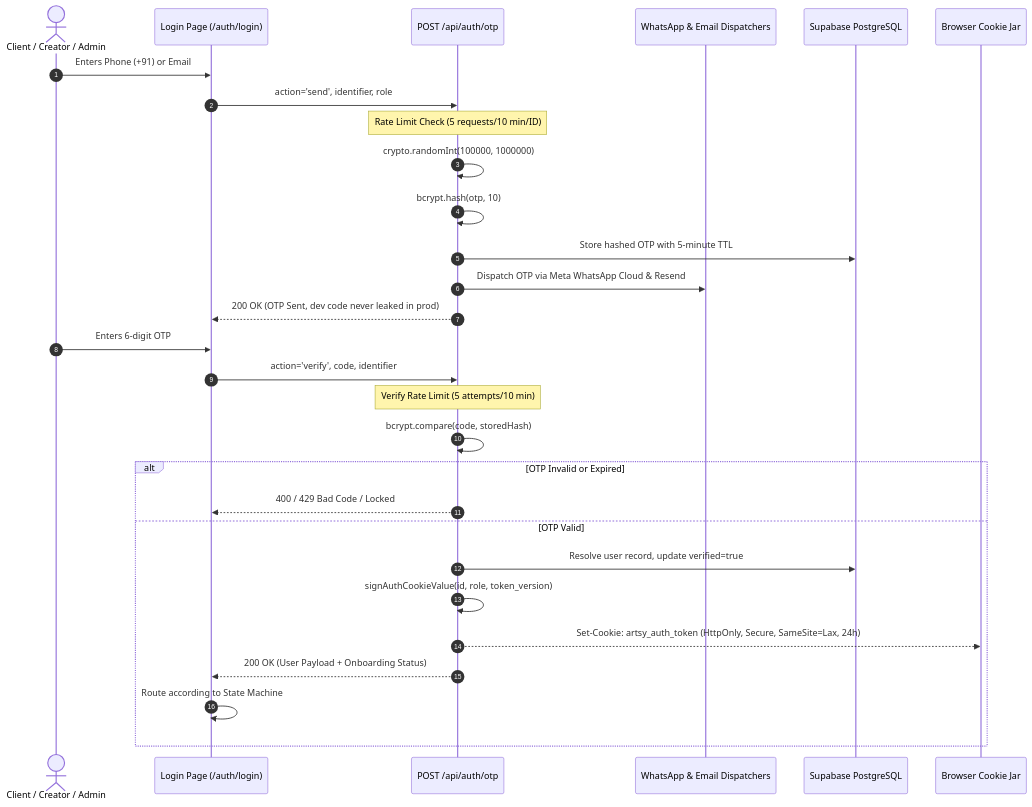
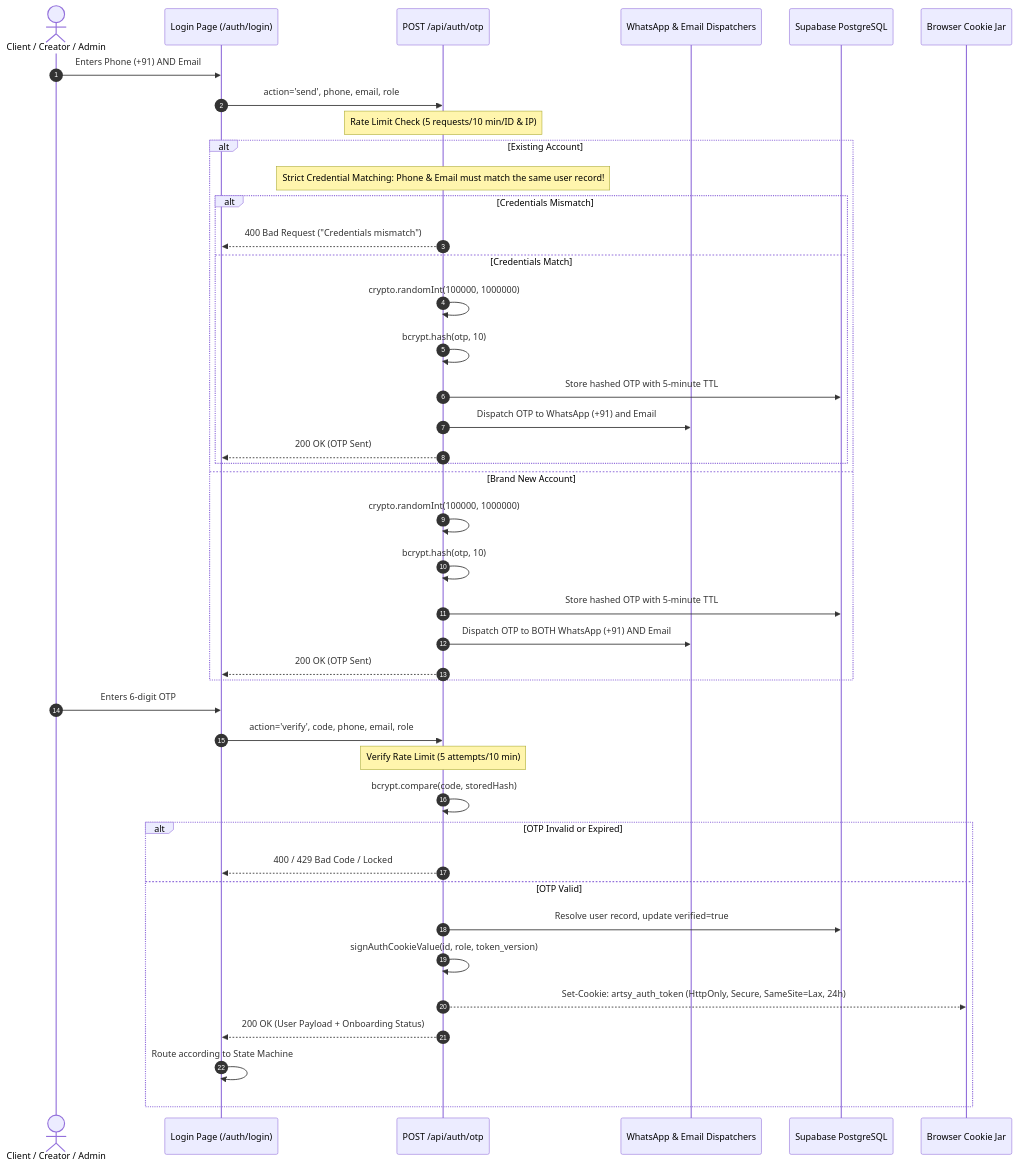
Before and after one commit to artsyproduction8-cpu/artsy-production: the first of 4 diagrams in AGENTS.md, drawn with Mermaid. The commit also changed other lines of this file, not shown here.

````diff
--- a/AGENTS.md
+++ b/AGENTS.md
@@ -85,33 +69,47 @@
 ```mermaid
 sequenceDiagram
     autonumber
     actor User as Client / Creator / Admin
     participant UI as Login Page (/auth/login)
     participant OTP_API as POST /api/auth/otp
     participant WA_Email as WhatsApp & Email Dispatchers
     participant DB as Supabase PostgreSQL
     participant Browser as Browser Cookie Jar
 
-    User->>UI: Enters Phone (+91) or Email
-    UI->>OTP_API: action='send', identifier, role
-    Note over OTP_API: Rate Limit Check (5 requests/10 min/ID)
-    OTP_API->>OTP_API: crypto.randomInt(100000, 1000000)
-    OTP_API->>OTP_API: bcrypt.hash(otp, 10)
-    OTP_API->>DB: Store hashed OTP with 5-minute TTL
-    OTP_API->>WA_Email: Dispatch OTP via Meta WhatsApp Cloud & Resend
-    OTP_API-->>UI: 200 OK (OTP Sent, dev code never leaked in prod)
+    User->>UI: Enters Phone (+91) AND Email
+    UI->>OTP_API: action='send', phone, email, role
+    Note over OTP_API: Rate Limit Check (5 requests/10 min/ID & IP)
+    
+    alt Existing Account
+        Note over OTP_API: Strict Credential Matching: Phone & Email must match the same user record!
+        alt Credentials Mismatch
+            OTP_API-->>UI: 400 Bad Request ("Credentials mismatch")
+        else Credentials Match
+            OTP_API->>OTP_API: crypto.randomInt(100000, 1000000)
+            OTP_API->>OTP_API: bcrypt.hash(otp, 10)
+            OTP_API->>DB: Store hashed OTP with 5-minute TTL
+            OTP_API->>WA_Email: Dispatch OTP to WhatsApp (+91) and Email
+            OTP_API-->>UI: 200 OK (OTP Sent)
+        end
+    else Brand New Account
+        OTP_API->>OTP_API: crypto.randomInt(100000, 1000000)
+        OTP_API->>OTP_API: bcrypt.hash(otp, 10)
+        OTP_API->>DB: Store hashed OTP with 5-minute TTL
+        OTP_API->>WA_Email: Dispatch OTP to BOTH WhatsApp (+91) AND Email
+        OTP_API-->>UI: 200 OK (OTP Sent)
+    end
 
     User->>UI: Enters 6-digit OTP
-    UI->>OTP_API: action='verify', code, identifier
+    UI->>OTP_API: action='verify', code, phone, email, role
     Note over OTP_API: Verify Rate Limit (5 attempts/10 min)
     OTP_API->>OTP_API: bcrypt.compare(code, storedHash)
     alt OTP Invalid or Expired
         OTP_API-->>UI: 400 / 429 Bad Code / Locked
     else OTP Valid
         OTP_API->>DB: Resolve user record, update verified=true
         OTP_API->>OTP_API: signAuthCookieValue(id, role, token_version)
         OTP_API-->>Browser: Set-Cookie: artsy_auth_token (HttpOnly, Secure, SameSite=Lax, 24h)
         OTP_API-->>UI: 200 OK (User Payload + Onboarding Status)
         UI->>UI: Route according to State Machine
     end
 ```
````
